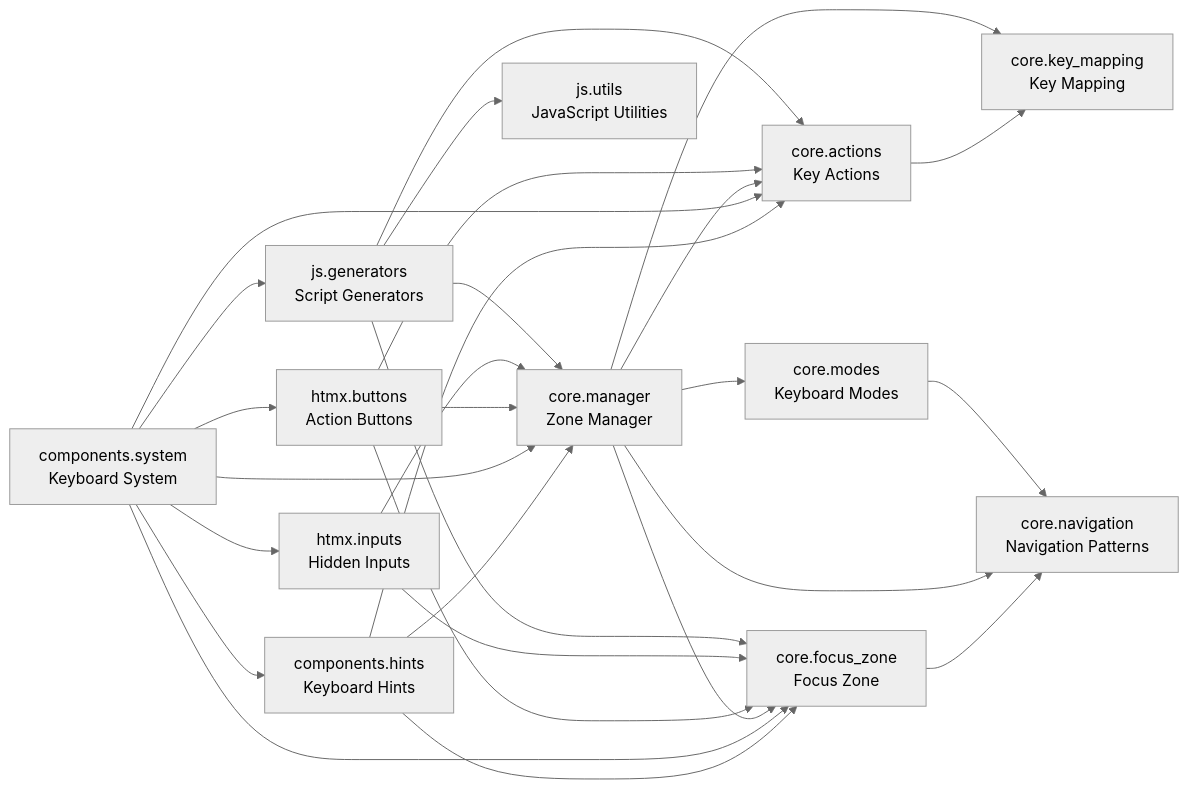
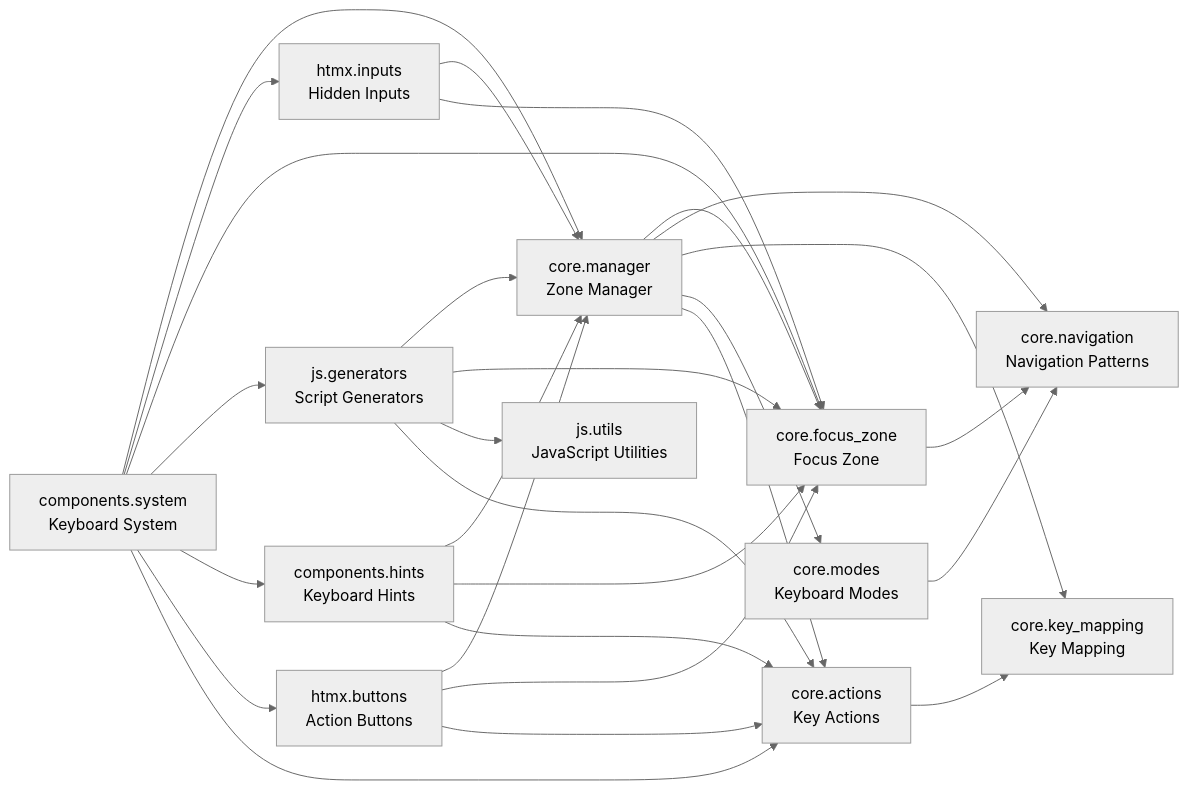
Before and after one commit to cj-mills/cjm-fasthtml-keyboard-navigation: the diagram in README.md, drawn with Mermaid (neutral theme). The commit also changed other lines of this file and 3 other files, not shown here.

````diff
--- a/README.md
+++ b/README.md
@@ -36,43 +36,43 @@
 ``` mermaid
 graph LR
     components_hints[components.hints<br/>Keyboard Hints]
     components_system[components.system<br/>Keyboard System]
     core_actions[core.actions<br/>Key Actions]
     core_focus_zone[core.focus_zone<br/>Focus Zone]
     core_key_mapping[core.key_mapping<br/>Key Mapping]
     core_manager[core.manager<br/>Zone Manager]
     core_modes[core.modes<br/>Keyboard Modes]
     core_navigation[core.navigation<br/>Navigation Patterns]
     htmx_buttons[htmx.buttons<br/>Action Buttons]
     htmx_inputs[htmx.inputs<br/>Hidden Inputs]
     js_generators[js.generators<br/>Script Generators]
     js_utils[js.utils<br/>JavaScript Utilities]
 
+    components_hints --> core_manager
     components_hints --> core_focus_zone
-    components_hints --> core_manager
     components_hints --> core_actions
+    components_system --> core_manager
+    components_system --> htmx_inputs
+    components_system --> core_focus_zone
     components_system --> js_generators
+    components_system --> components_hints
     components_system --> htmx_buttons
-    components_system --> components_hints
-    components_system --> core_focus_zone
-    components_system --> core_manager
     components_system --> core_actions
-    components_system --> htmx_inputs
     core_actions --> core_key_mapping
     core_focus_zone --> core_navigation
+    core_manager --> core_focus_zone
+    core_manager --> core_navigation
     core_manager --> core_key_mapping
-    core_manager --> core_navigation
-    core_manager --> core_focus_zone
     core_manager --> core_modes
     core_manager --> core_actions
     core_modes --> core_navigation
+    htmx_buttons --> core_manager
     htmx_buttons --> core_focus_zone
-    htmx_buttons --> core_manager
     htmx_buttons --> core_actions
+    htmx_inputs --> core_manager
     htmx_inputs --> core_focus_zone
-    htmx_inputs --> core_manager
+    js_generators --> core_manager
+    js_generators --> core_focus_zone
     js_generators --> js_utils
-    js_generators --> core_focus_zone
-    js_generators --> core_manager
     js_generators --> core_actions
 ```
````
